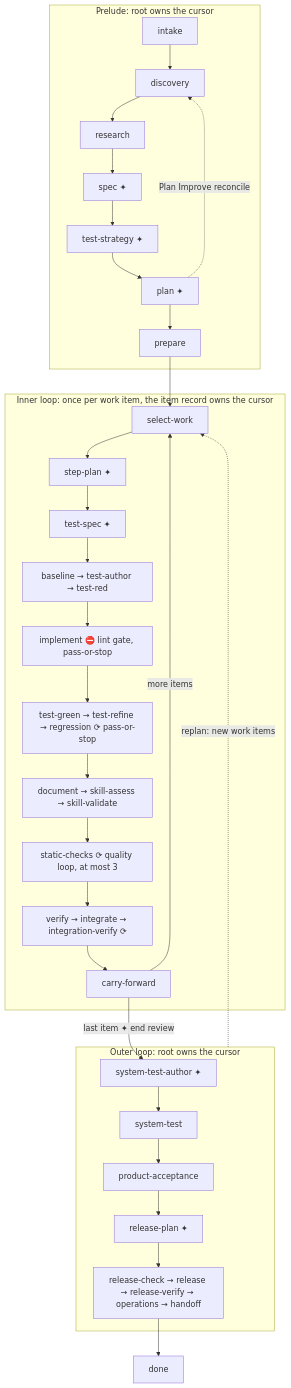
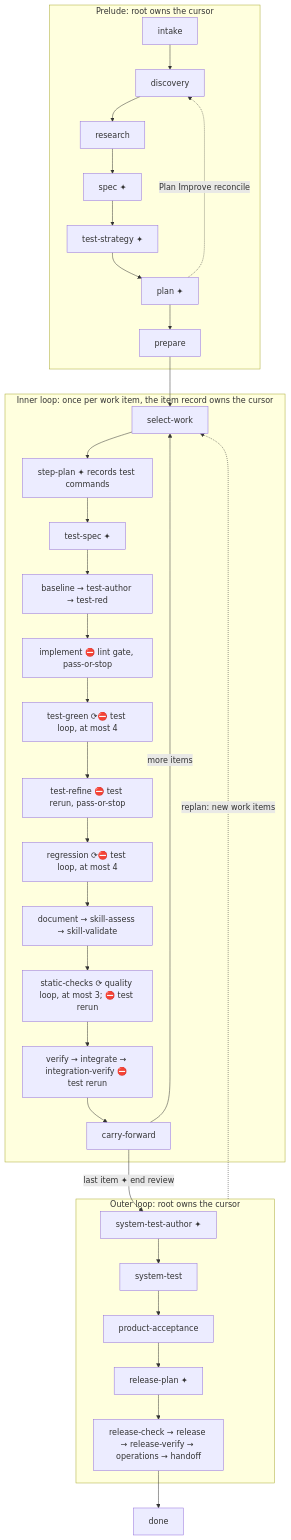
Before and after one commit to whichguy/skill-craft: the second of 4 diagrams in plugins/shiploop/skills/shiploop/references/navigator.md, drawn with Mermaid. The commit also changed other lines of this file and 26 other files, not shown here.

````diff
--- a/plugins/shiploop/skills/shiploop/references/navigator.md
+++ b/plugins/shiploop/skills/shiploop/references/navigator.md
@@ -63,25 +66,27 @@
 ```mermaid
 flowchart TD
   subgraph PRELUDE[Prelude: root owns the cursor]
     intake --> discovery --> research --> spec[spec ✦] --> ts[test-strategy ✦] --> plan[plan ✦] --> prepare
     plan -. "Plan Improve reconcile" .-> discovery
   end
   prepare --> SW
   subgraph INNER[Inner loop: once per work item, the item record owns the cursor]
-    SW[select-work] --> SP[step-plan ✦] --> TS[test-spec ✦] --> BL[baseline → test-author → test-red]
+    SW[select-work] --> SP[step-plan ✦ records test commands] --> TS[test-spec ✦] --> BL[baseline → test-author → test-red]
     BL --> IM[implement ⛔ lint gate, pass-or-stop]
-    IM --> TG[test-green → test-refine → regression ⟳ pass-or-stop]
-    TG --> DOC[document → skill-assess → skill-validate]
-    DOC --> SC[static-checks ⟳ quality loop, at most 3]
-    SC --> VI[verify → integrate → integration-verify ⟳]
+    IM --> TG[test-green ⟳⛔ test loop, at most 4]
+    TG --> TR[test-refine ⛔ test rerun, pass-or-stop]
+    TR --> RG[regression ⟳⛔ test loop, at most 4]
+    RG --> DOC[document → skill-assess → skill-validate]
+    DOC --> SC[static-checks ⟳ quality loop, at most 3; ⛔ test rerun]
+    SC --> VI[verify → integrate → integration-verify ⛔ test rerun]
     VI --> CF[carry-forward]
     CF -->|more items| SW
   end
   CF -->|"last item ✦ end review"| STA
   subgraph OUTER[Outer loop: root owns the cursor]
     STA[system-test-author ✦] --> ST[system-test] --> PA[product-acceptance] --> RP[release-plan ✦]
     RP --> REL[release-check → release → release-verify → operations → handoff]
   end
   OUTER -. "replan: new work items" .-> SW
   REL --> done
 ```
````
